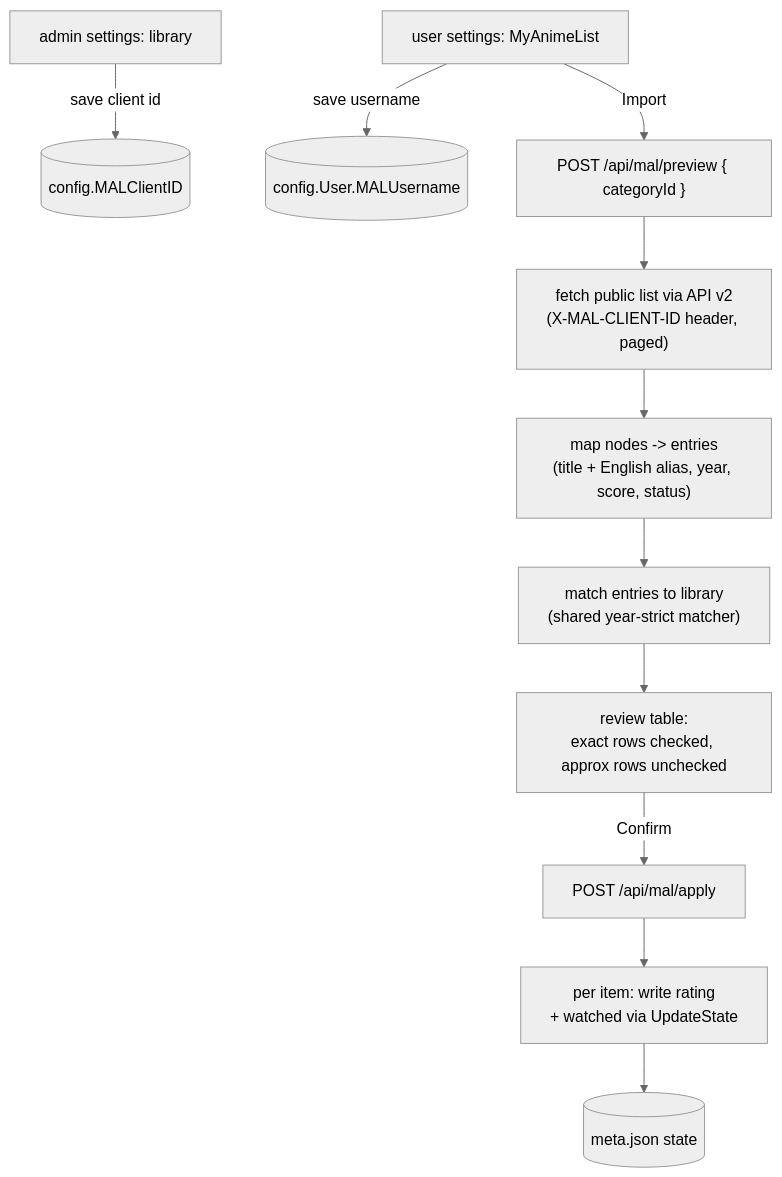
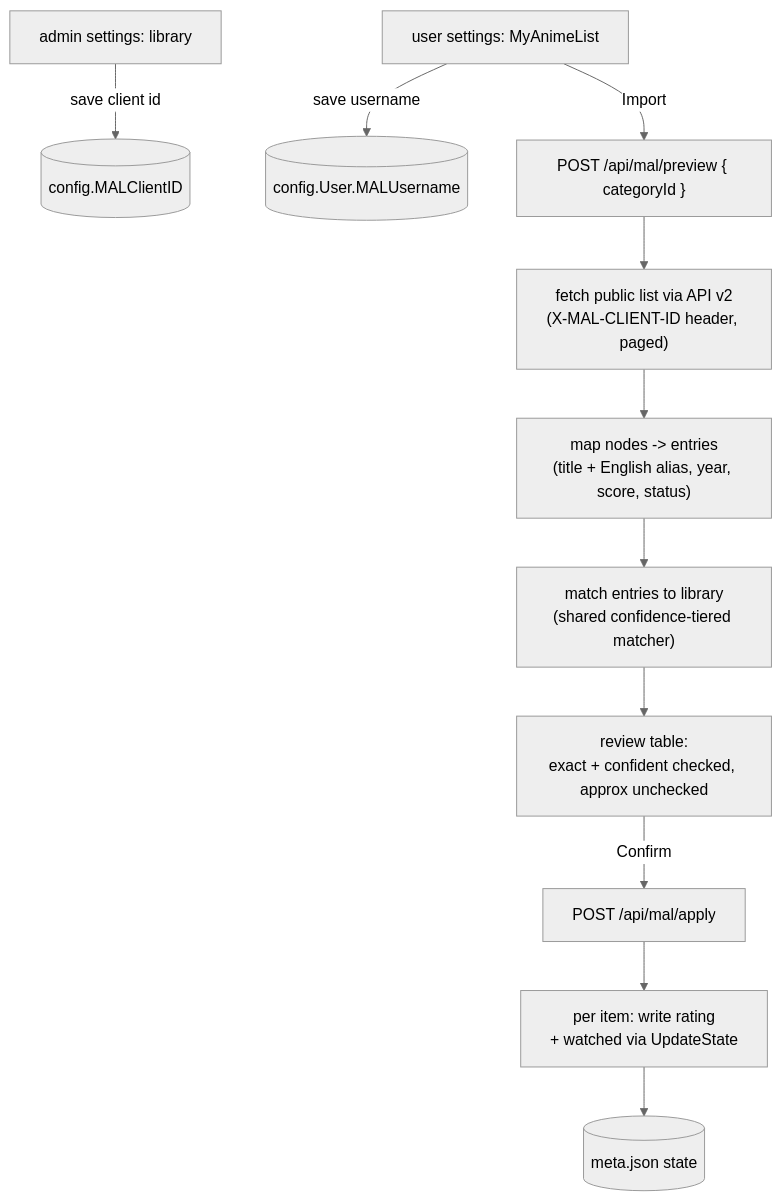
One commit to xuedi/FileFin changed the diagram in docs/mal.md. Above: the diagram before and after it, drawn with Mermaid (neutral theme). The commit also changed other lines of this file and 15 other files, not shown here.

````diff
--- a/docs/mal.md
+++ b/docs/mal.md
@@ -23,13 +23,13 @@
 ```mermaid
 flowchart TD
     A["admin settings: library"] -->|save client id| K[(config.MALClientID)]
     U["user settings: MyAnimeList"] -->|save username| P[(config.User.MALUsername)]
     U -->|Import| PV["POST /api/mal/preview { categoryId }"]
     PV --> F["fetch public list via API v2<br/>(X-MAL-CLIENT-ID header, paged)"]
     F --> MAP["map nodes -> entries<br/>(title + English alias, year, score, status)"]
-    MAP --> M["match entries to library<br/>(shared year-strict matcher)"]
-    M --> R["review table:<br/>exact rows checked, approx rows unchecked"]
+    MAP --> M["match entries to library<br/>(shared confidence-tiered matcher)"]
+    M --> R["review table:<br/>exact + confident checked, approx unchecked"]
     R -->|Confirm| AP["POST /api/mal/apply"]
     AP --> W["per item: write rating<br/>+ watched via UpdateState"]
     W --> MJ[(meta.json state)]
 ```
````
